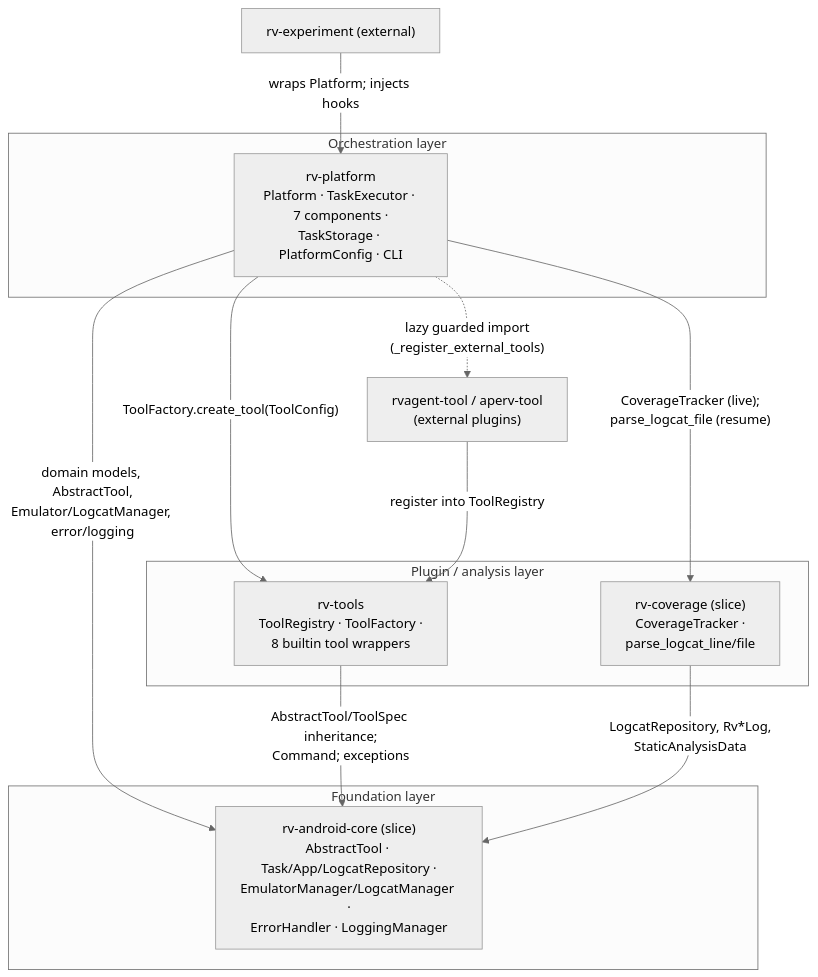
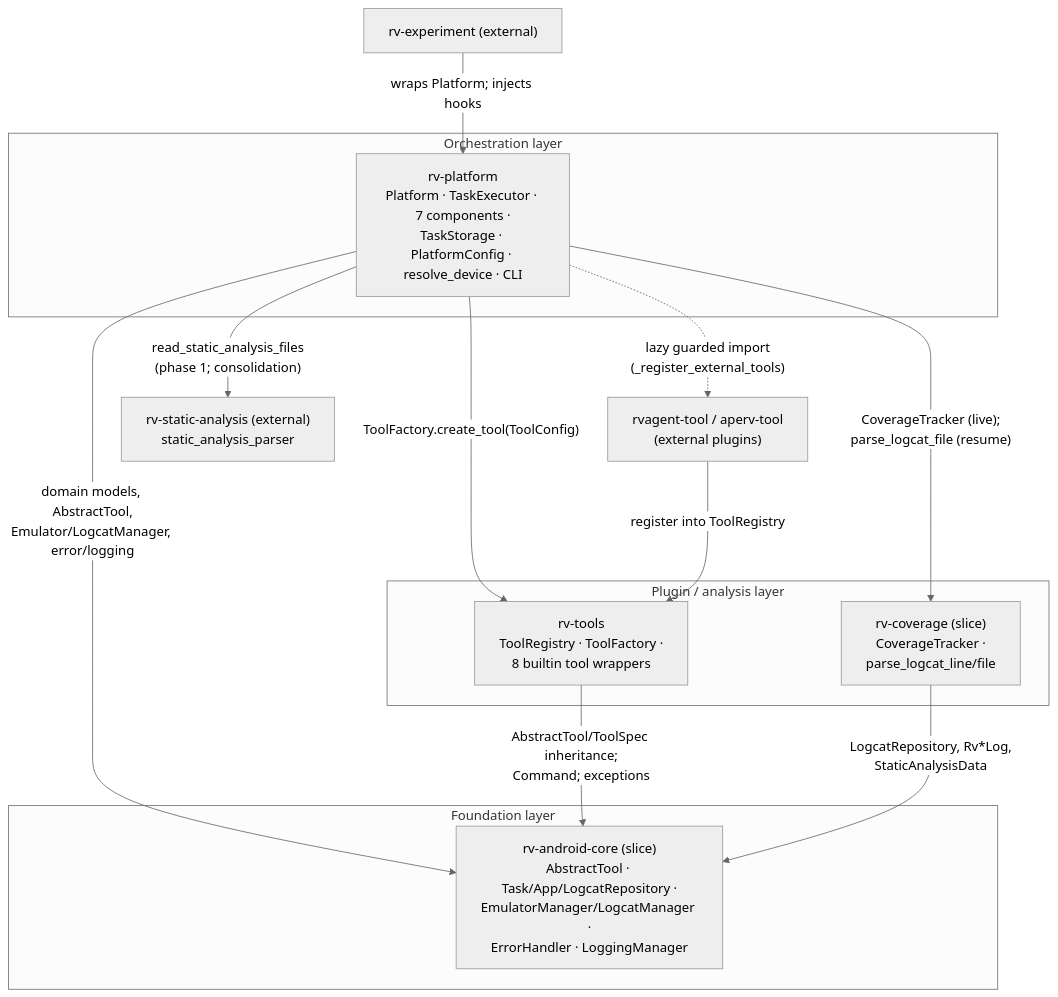
One commit to PAMunb/rvsec changed the second of 4 diagrams in rv-android/docs/architecture/rv-platform.md. Above: the diagram before and after it, drawn with Mermaid. The commit also changed other lines of this file and 7 other files, not shown here.

````diff
--- a/rv-android/docs/architecture/rv-platform.md
+++ b/rv-android/docs/architecture/rv-platform.md
@@ -727,28 +835,30 @@
 ```mermaid
 %%{init: {'theme': 'neutral'}}%%
 flowchart TB
     rvexp["rv-experiment (external)"]
     plugins["rvagent-tool / aperv-tool<br/>(external plugins)"]
+    saparser["rv-static-analysis (external)<br/>static_analysis_parser"]
 
     subgraph orchestration["Orchestration layer"]
-        rvplatform["rv-platform<br/>Platform · TaskExecutor · 7 components ·<br/>TaskStorage · PlatformConfig · CLI"]
+        rvplatform["rv-platform<br/>Platform · TaskExecutor · 7 components ·<br/>TaskStorage · PlatformConfig · resolve_device · CLI"]
     end
 
     subgraph middle["Plugin / analysis layer"]
         rvtools["rv-tools<br/>ToolRegistry · ToolFactory ·<br/>8 builtin tool wrappers"]
         rvcov["rv-coverage (slice)<br/>CoverageTracker ·<br/>parse_logcat_line/file"]
     end
 
     subgraph foundation["Foundation layer"]
         core["rv-android-core (slice)<br/>AbstractTool · Task/App/LogcatRepository ·<br/>EmulatorManager/LogcatManager ·<br/>ErrorHandler · LoggingManager"]
     end
 
     rvexp -->|"wraps Platform; injects hooks"| rvplatform
     rvplatform -->|"ToolFactory.create_tool(ToolConfig)"| rvtools
     rvplatform -->|"CoverageTracker (live);<br/>parse_logcat_file (resume)"| rvcov
     rvplatform -->|"domain models, AbstractTool,<br/>Emulator/LogcatManager, error/logging"| core
     rvplatform -.->|"lazy guarded import<br/>(_register_external_tools)"| plugins
+    rvplatform -->|"read_static_analysis_files<br/>(phase 1; consolidation)"| saparser
     plugins -->|"register into ToolRegistry"| rvtools
     rvtools -->|"AbstractTool/ToolSpec inheritance;<br/>Command; exceptions"| core
     rvcov -->|"LogcatRepository, Rv*Log,<br/>StaticAnalysisData"| core
 ```
````
